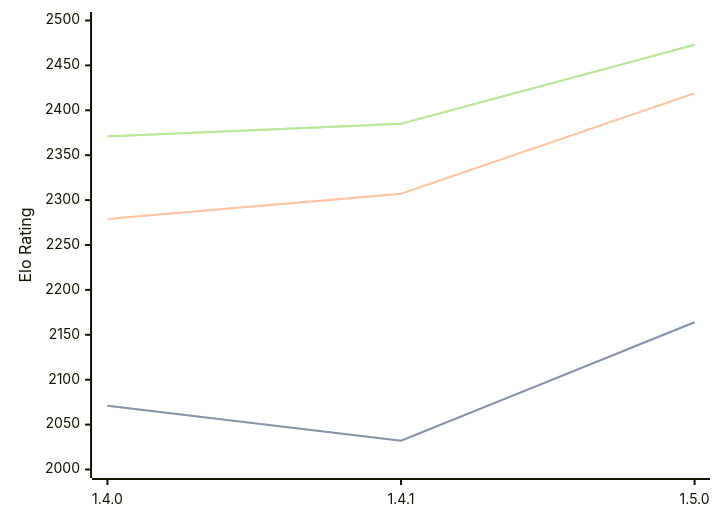
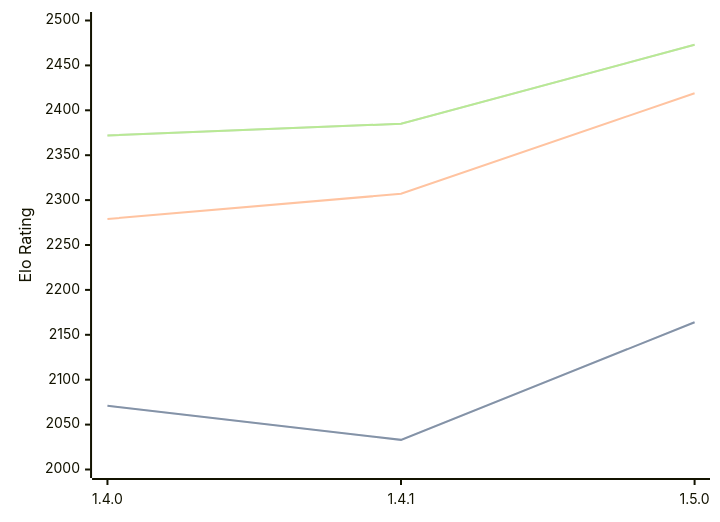
The third of 3 diagrams in engines/Tofiks.md (computer-chess-index/cci), drawn with Mermaid before and after one commit. The commit also changed other lines of this file, not shown here.

Commit message:
Update CCI Ratings (ELO VLTC) - 2026-07-17

````diff
--- a/engines/Tofiks.md
+++ b/engines/Tofiks.md
@@ -70,11 +70,11 @@
 ```mermaid
 %%{init: {"theme":"base","themeVariables":{"seriesColors:['#a3a3a3','#222221','#faa371']}}}%%
 xychart-beta
   x-axis ["1.4.0", "1.4.1", "1.5.0"]
   y-axis "Elo Rating" 2000 --> 2500
-  line "STC (8.0+0.08s)" [2071, 2032, 2164]
-  line "STC (8.0+0.08s)" [2071, 2032, 2164]
+  line "STC (8.0+0.08s)" [2071, 2033, 2164]
+  line "STC (8.0+0.08s)" [2071, 2033, 2164]
   line "LTC (60.0+0.60s)" [2279, 2307, 2419]
-  line "VLTC (2m24s+1.12s)" [2371, 2385, 2473]
-  line "VLTC (2m24s+1.12s)" [2371, 2385, 2473]
+  line "VLTC (2m24s+1.12s)" [2372, 2385, 2473]
+  line "VLTC (2m24s+1.12s)" [2372, 2385, 2473]
 ```
````
